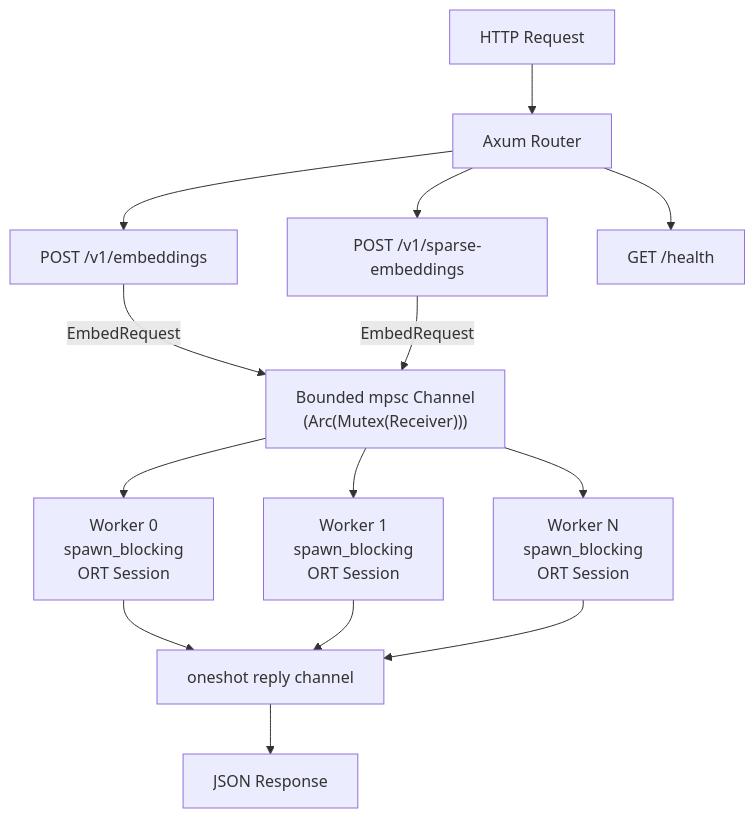
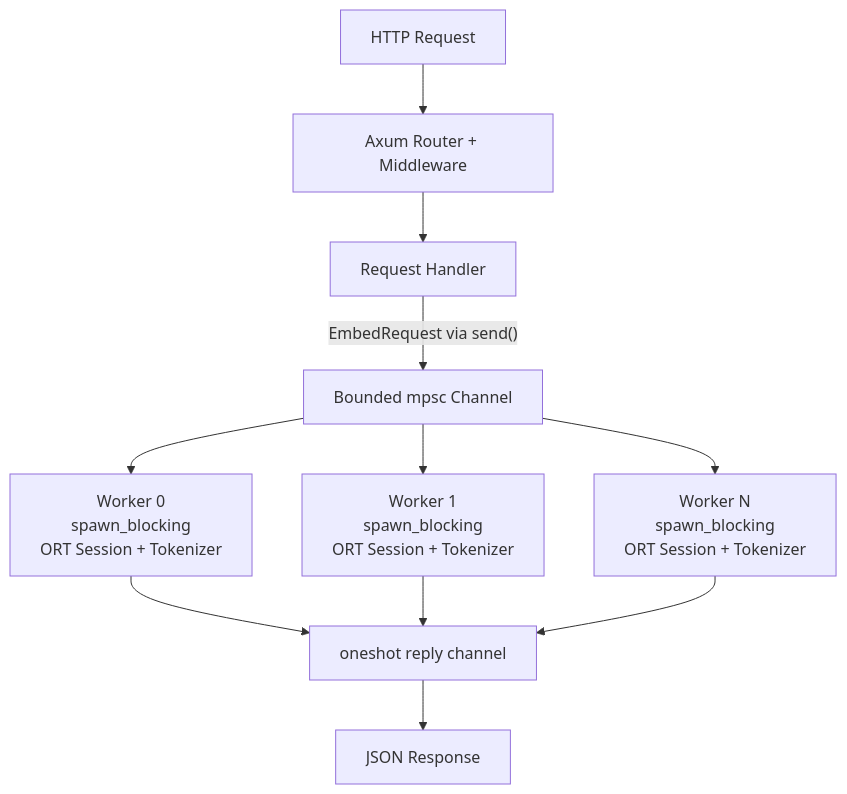
Before and after one commit to Fulton-Engineering-Services/bge-m3-embedding-server: the diagram in README.md, drawn with Mermaid. The commit also changed other lines of this file and 32 other files, not shown here.

````diff
--- a/README.md
+++ b/README.md
@@ -284,28 +365,19 @@
 ```mermaid
 flowchart TD
     Client["HTTP Request"]
-    Router["Axum Router"]
-    Dense["POST /v1/embeddings"]
-    Sparse["POST /v1/sparse-embeddings"]
-    Health["GET /health"]
-    Channel["Bounded mpsc Channel<br/>(Arc(Mutex(Receiver)))"]
-    W0["Worker 0<br/>spawn_blocking<br/>ORT Session"]
-    W1["Worker 1<br/>spawn_blocking<br/>ORT Session"]
-    Wn["Worker N<br/>spawn_blocking<br/>ORT Session"]
+    Router["Axum Router + Middleware"]
+    Handler["Request Handler"]
+    Channel["Bounded mpsc Channel"]
+    W0["Worker 0<br/>spawn_blocking<br/>ORT Session + Tokenizer"]
+    W1["Worker 1<br/>spawn_blocking<br/>ORT Session + Tokenizer"]
+    Wn["Worker N<br/>spawn_blocking<br/>ORT Session + Tokenizer"]
     Reply["oneshot reply channel"]
     Response["JSON Response"]
 
     Client --> Router
-    Router --> Dense
-    Router --> Sparse
-    Router --> Health
-    Dense -- EmbedRequest --> Channel
-    Sparse -- EmbedRequest --> Channel
-    Channel --> W0
-    Channel --> W1
-    Channel --> Wn
-    W0 --> Reply
-    W1 --> Reply
-    Wn --> Reply
+    Router --> Handler
+    Handler -- "EmbedRequest via send()" --> Channel
+    Channel --> W0 & W1 & Wn
+    W0 & W1 & Wn --> Reply
     Reply --> Response
 ```
````
